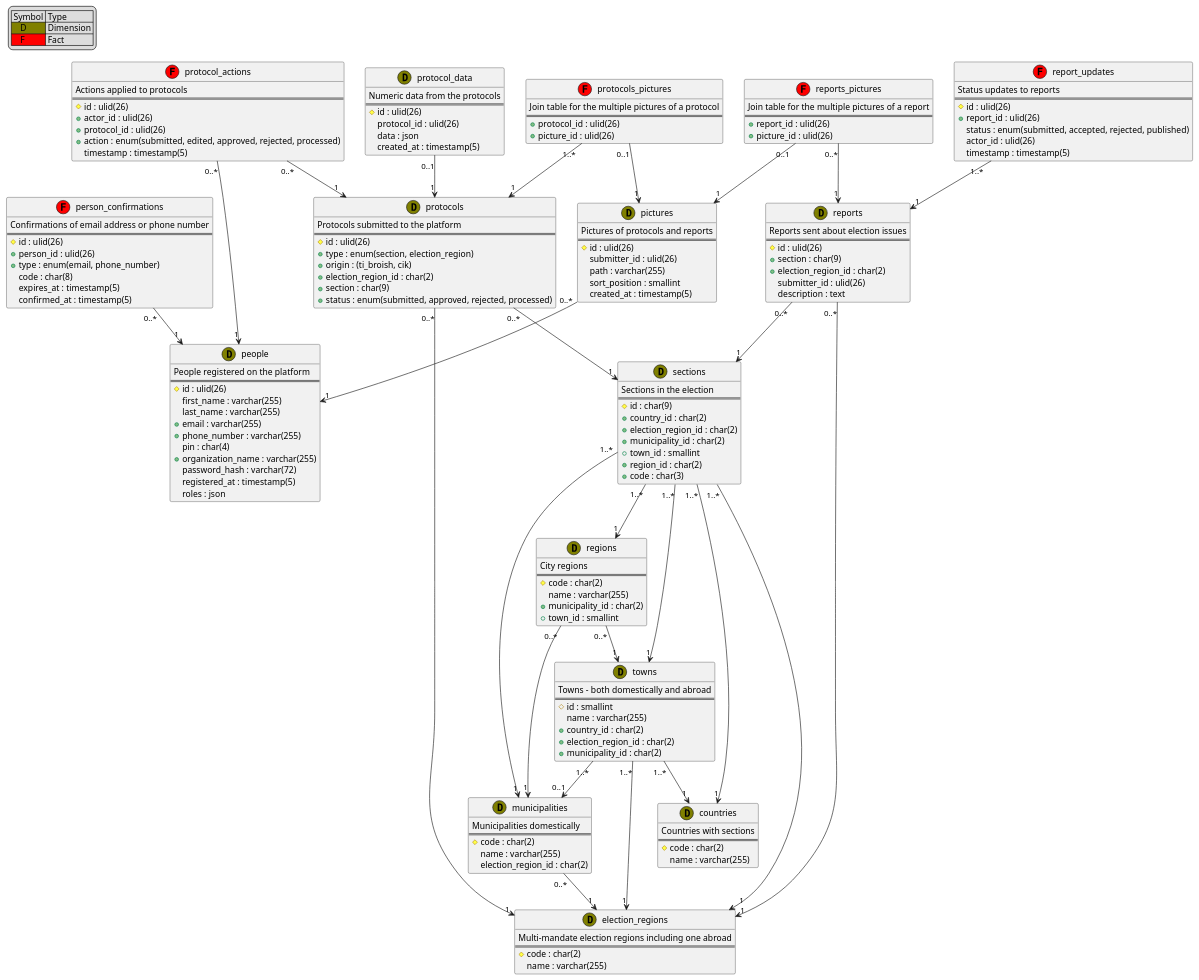
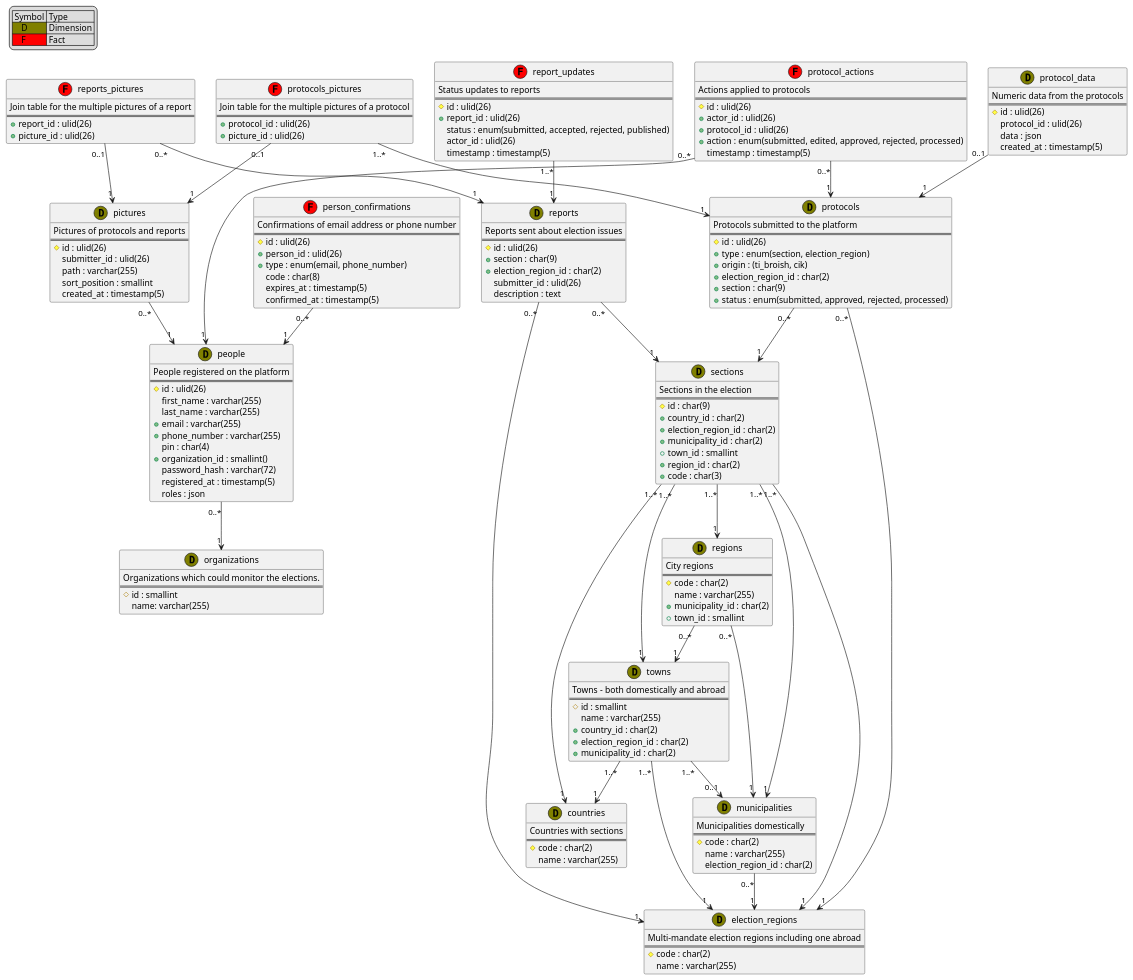
Before and after one commit to ti-broish/docs: the diagram in src/Контекст/Ти Броиш/База Данни/1.database.puml, drawn with PlantUML.

Commit message:
Add organizations to people in db

```diff
--- a/src/Контекст/Ти Броиш/База Данни/1.database.puml
+++ b/src/Контекст/Ти Броиш/База Данни/1.database.puml
@@ -15,13 +15,21 @@
   +email : varchar(255)
   +phone_number : varchar(255)
   pin : char(4)
-  +organization_name : varchar(255)
+  +organization_id : smallint()
   password_hash : varchar(72)
   registered_at : timestamp(5)
   roles : json
 }
 
 person_confirmations "0..*" --> "1" people
+people "0..*" --> "1" organizations
+
+class organizations <<(D,olive)>> {
+    Organizations which could monitor the elections.
+    ==
+    #id : smallint
+    name: varchar(255)
+}
 
 class person_confirmations <<(F,red)>> {
     Confirmations of email address or phone number
```
